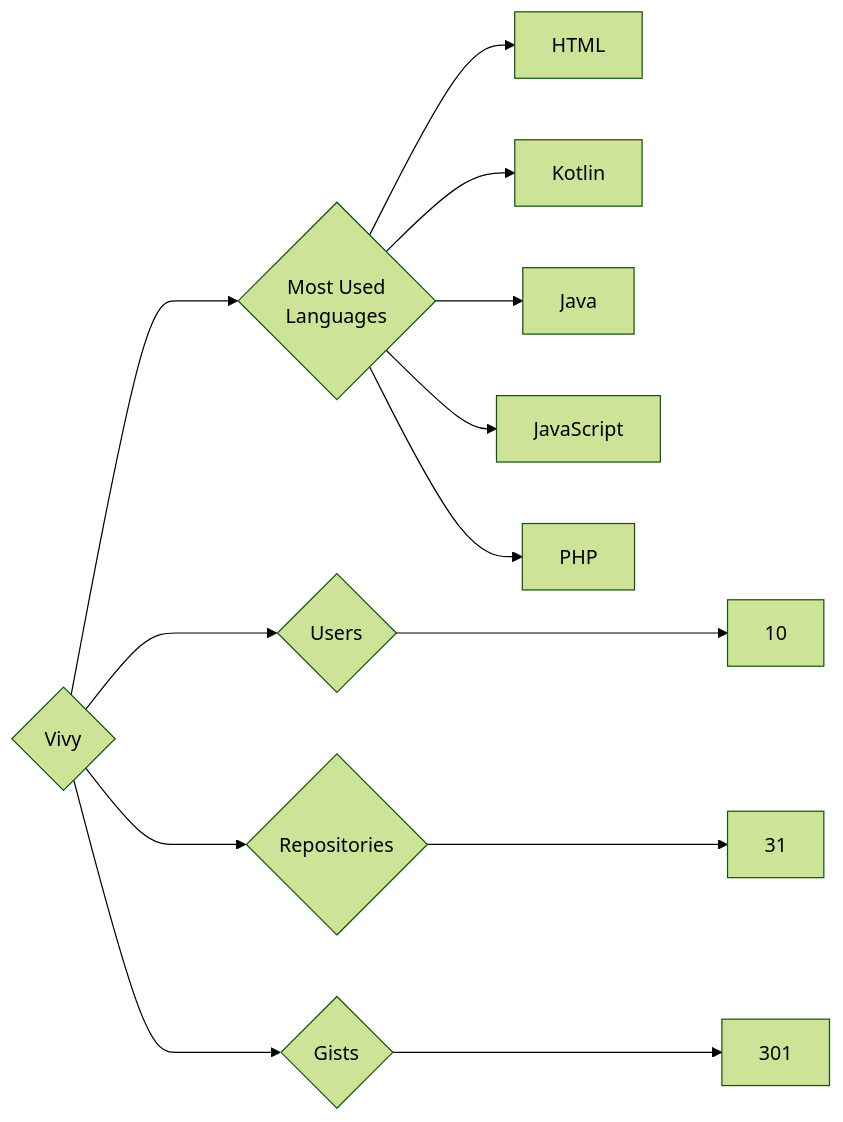
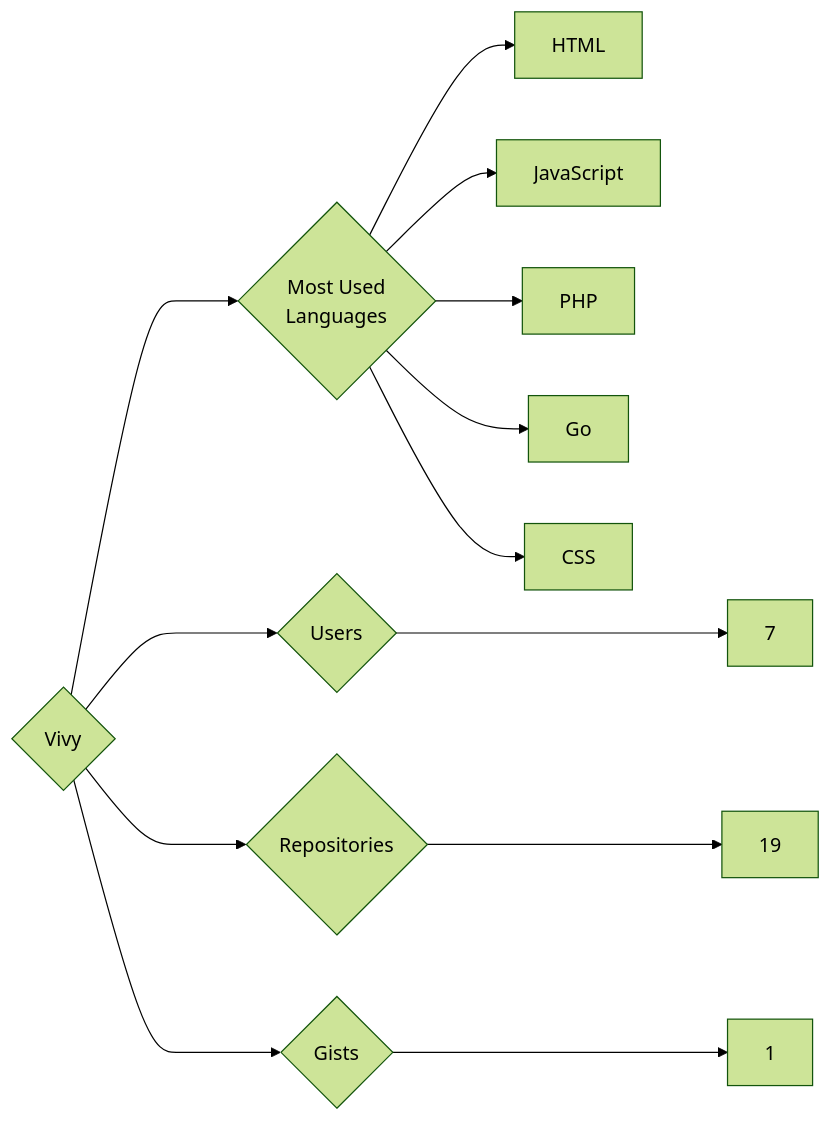
One commit to trickest/insiders changed the diagram in targets/Vivy/README.md. Above: the diagram before and after it, drawn with Mermaid (forest theme). The commit also changed 886 other files, not shown here.

````diff
--- a/targets/Vivy/README.md
+++ b/targets/Vivy/README.md
@@ -3,13 +3,13 @@
 ```mermaid
 graph LR
 COMPANY_NAME{Vivy}
-COMPANY_NAME ---> U{Users} ---> UN[10]
-COMPANY_NAME ---> R{Repositories} ---> RN[31]
-COMPANY_NAME ---> G{Gists} ---> GN[301]
+COMPANY_NAME ---> U{Users} ---> UN[7]
+COMPANY_NAME ---> R{Repositories} ---> RN[19]
+COMPANY_NAME ---> G{Gists} ---> GN[1]
 COMPANY_NAME ---> ML{Most Used<br>Languages}
 ML --> HTML[HTML]
-ML --> Kotlin[Kotlin]
-ML --> Java[Java]
 ML --> JavaScript[JavaScript]
 ML --> PHP[PHP]
+ML --> Go[Go]
+ML --> CSS[CSS]
 ```
````
